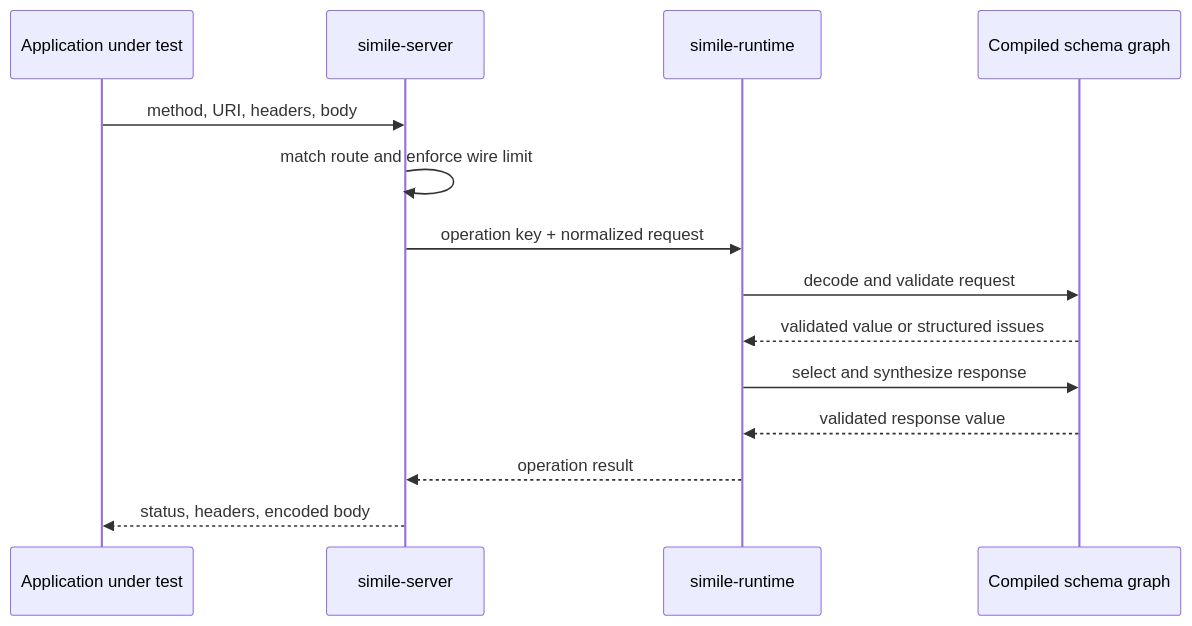
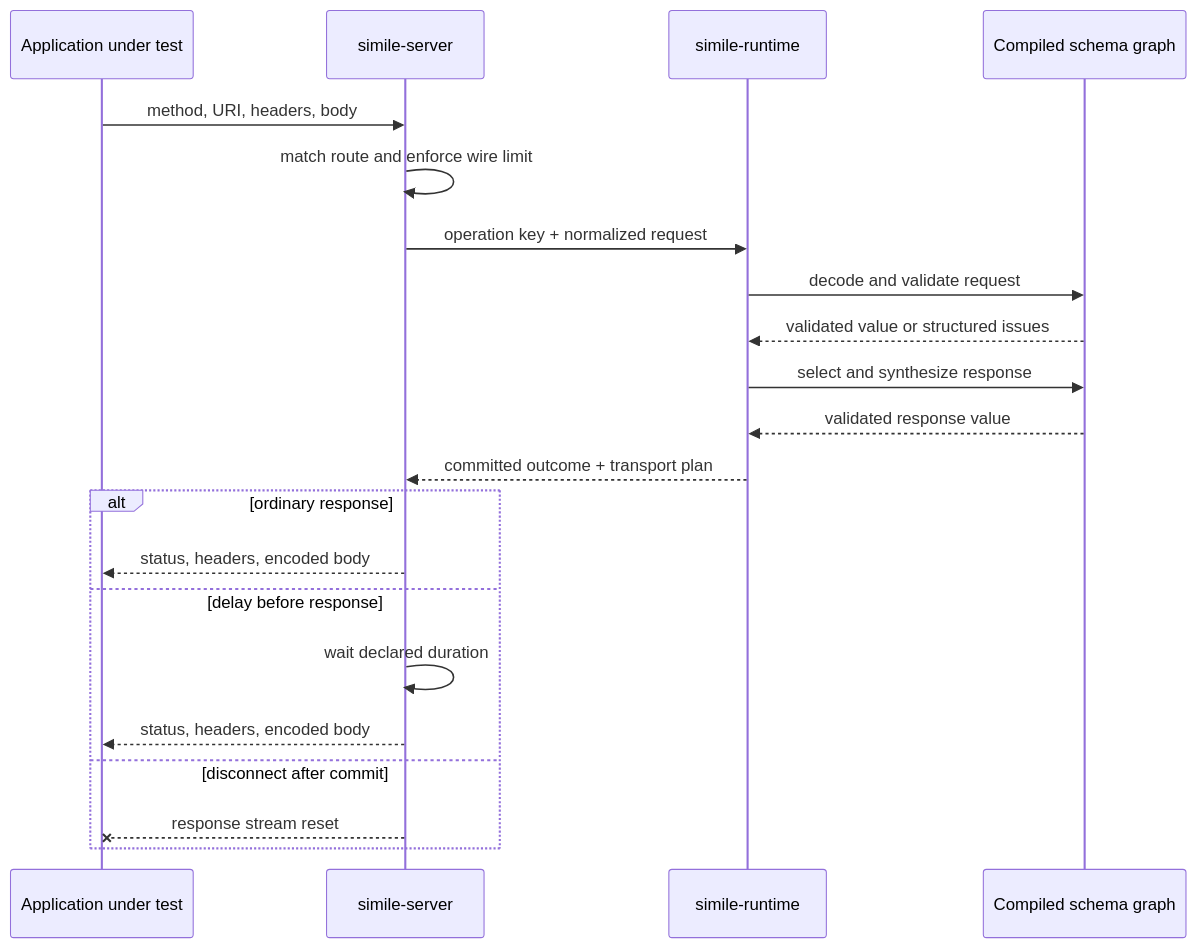
Before and after one commit to inttegro/simile: the diagram in docs/http-server.md, drawn with Mermaid. The commit also changed other lines of this file and 10 other files, not shown here.

````diff
--- a/docs/http-server.md
+++ b/docs/http-server.md
@@ -10,17 +10,24 @@
 ```mermaid
 sequenceDiagram
   participant App as Application under test
   participant HTTP as simile-server
   participant Run as simile-runtime
   participant Graph as Compiled schema graph
 
   App->>HTTP: method, URI, headers, body
   HTTP->>HTTP: match route and enforce wire limit
   HTTP->>Run: operation key + normalized request
   Run->>Graph: decode and validate request
   Graph-->>Run: validated value or structured issues
   Run->>Graph: select and synthesize response
   Graph-->>Run: validated response value
-  Run-->>HTTP: operation result
-  HTTP-->>App: status, headers, encoded body
+  Run-->>HTTP: committed outcome + transport plan
+  alt ordinary response
+    HTTP-->>App: status, headers, encoded body
+  else delay before response
+    HTTP->>HTTP: wait declared duration
+    HTTP-->>App: status, headers, encoded body
+  else disconnect after commit
+    HTTP--xApp: response stream reset
+  end
 ```
````
